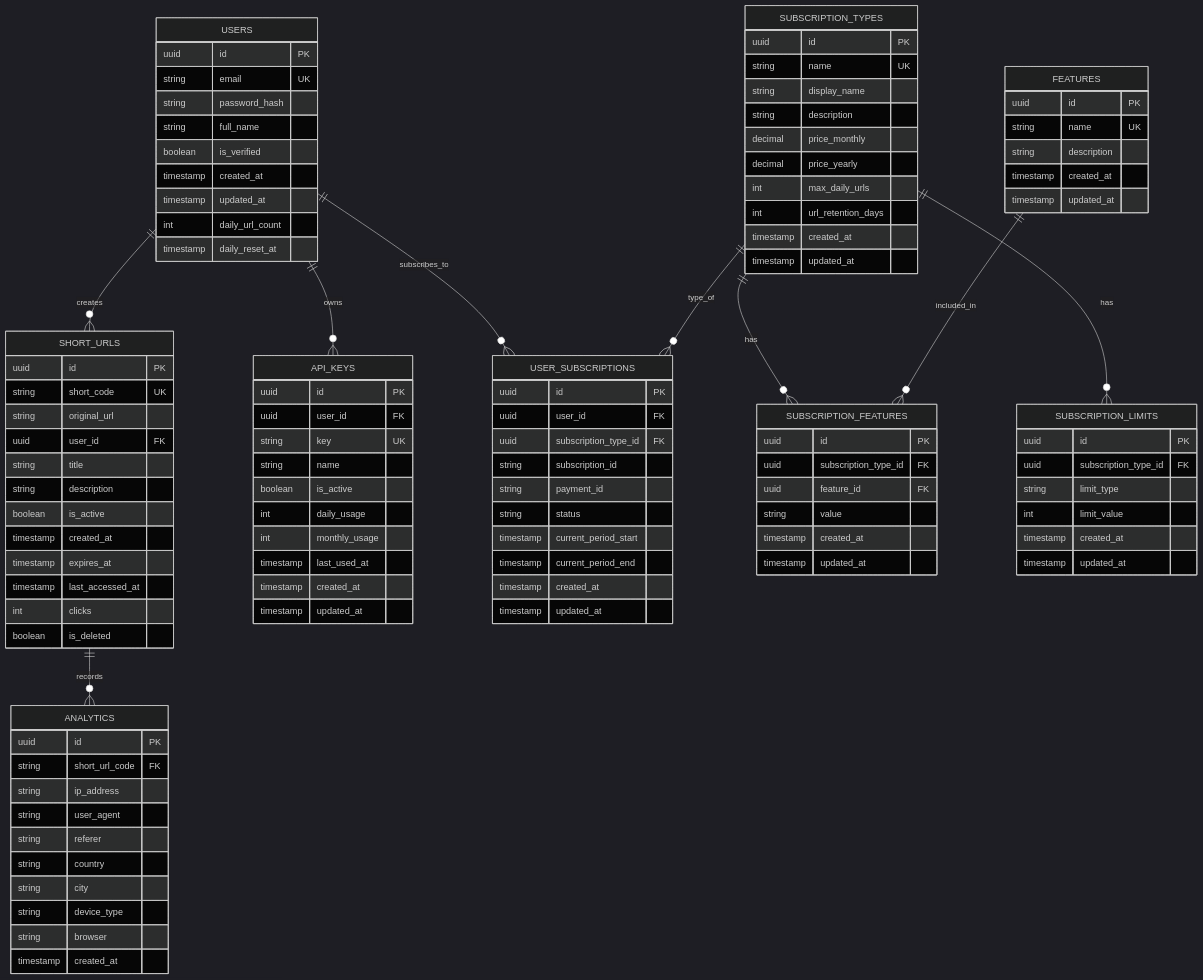
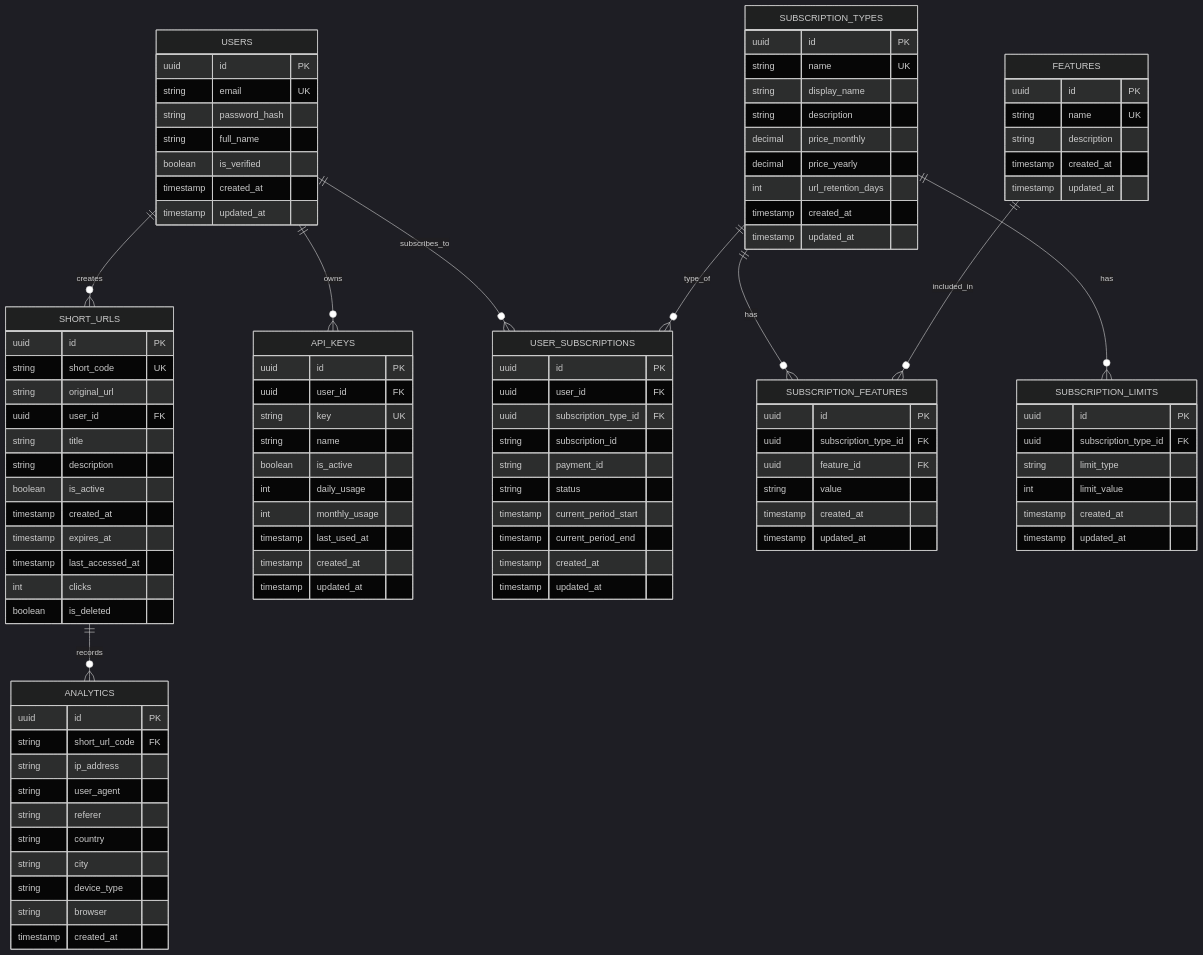
The diagram in docs/project-erd.mermaid (sylvesterdas/minifyn-homepage), drawn with Mermaid (dark theme) before and after one commit. The commit also changed 1 other file, not shown here.

```diff
--- a/docs/project-erd.mermaid
+++ b/docs/project-erd.mermaid
@@ -1,114 +1,111 @@
 erDiagram
     USERS ||--o{ SHORT_URLS : creates
     USERS ||--o{ API_KEYS : owns
     USERS ||--o{ USER_SUBSCRIPTIONS : subscribes_to
     SHORT_URLS ||--o{ ANALYTICS : records
     SUBSCRIPTION_TYPES ||--o{ SUBSCRIPTION_FEATURES : has
     SUBSCRIPTION_TYPES ||--o{ SUBSCRIPTION_LIMITS : has
     FEATURES ||--o{ SUBSCRIPTION_FEATURES : included_in
     SUBSCRIPTION_TYPES ||--o{ USER_SUBSCRIPTIONS : type_of
 
     USERS {
         uuid id PK
         string email UK
         string password_hash
         string full_name
         boolean is_verified
         timestamp created_at
         timestamp updated_at
-        int daily_url_count
-        timestamp daily_reset_at
     }
 
     SHORT_URLS {
         uuid id PK
         string short_code UK
         string original_url
         uuid user_id FK
         string title
         string description
         boolean is_active
         timestamp created_at
         timestamp expires_at
         timestamp last_accessed_at
         int clicks
         boolean is_deleted
     }
 
     ANALYTICS {
         uuid id PK
         string short_url_code FK
         string ip_address
         string user_agent
         string referer
         string country
         string city
         string device_type
         string browser
         timestamp created_at
     }
 
     API_KEYS {
         uuid id PK
         uuid user_id FK
         string key UK
         string name
         boolean is_active
         int daily_usage
         int monthly_usage
         timestamp last_used_at
         timestamp created_at
         timestamp updated_at
     }
 
     SUBSCRIPTION_TYPES {
         uuid id PK
         string name UK
         string display_name
         string description
         decimal price_monthly
         decimal price_yearly
-        int max_daily_urls
         int url_retention_days
         timestamp created_at
         timestamp updated_at
     }
 
     FEATURES {
         uuid id PK
         string name UK
         string description
         timestamp created_at
         timestamp updated_at
     }
 
     SUBSCRIPTION_FEATURES {
         uuid id PK
         uuid subscription_type_id FK
         uuid feature_id FK
         string value
         timestamp created_at
         timestamp updated_at
     }
 
     SUBSCRIPTION_LIMITS {
         uuid id PK
         uuid subscription_type_id FK
         string limit_type
         int limit_value
         timestamp created_at
         timestamp updated_at
     }
 
     USER_SUBSCRIPTIONS {
         uuid id PK
         uuid user_id FK
         uuid subscription_type_id FK
         string subscription_id
         string payment_id
         string status
         timestamp current_period_start
         timestamp current_period_end
         timestamp created_at
         timestamp updated_at
     }
```
